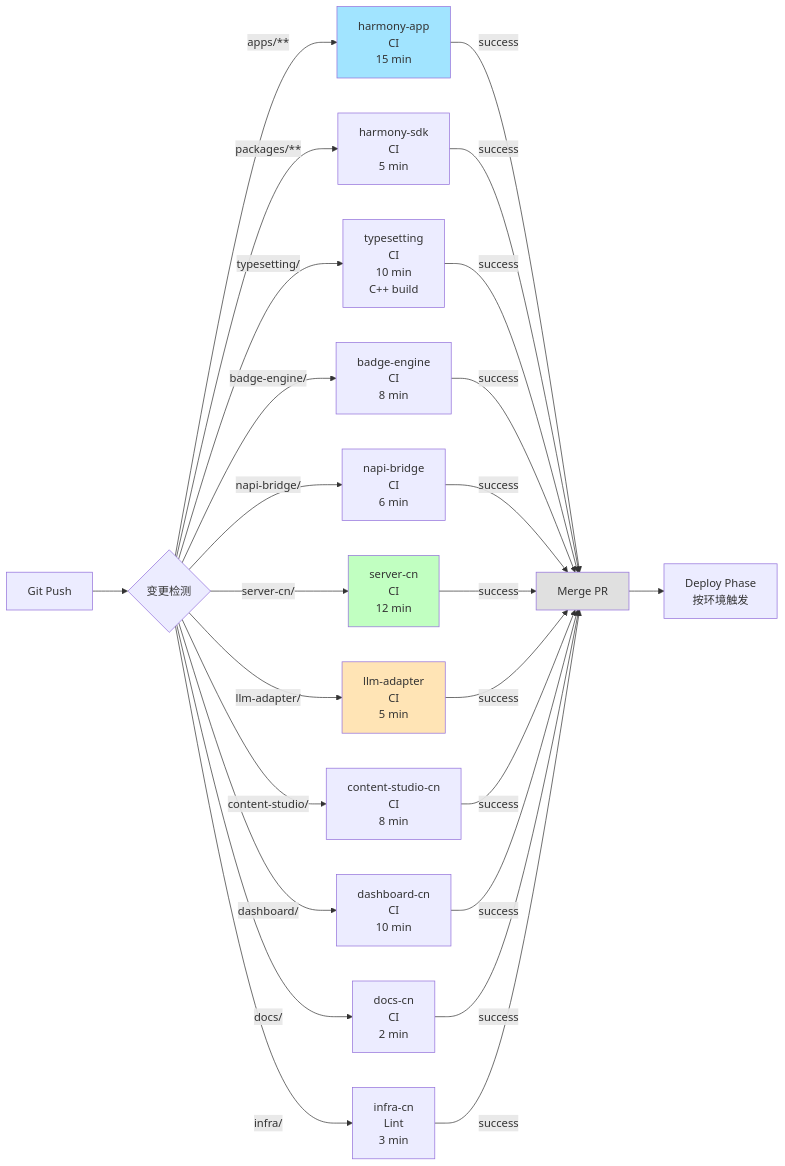
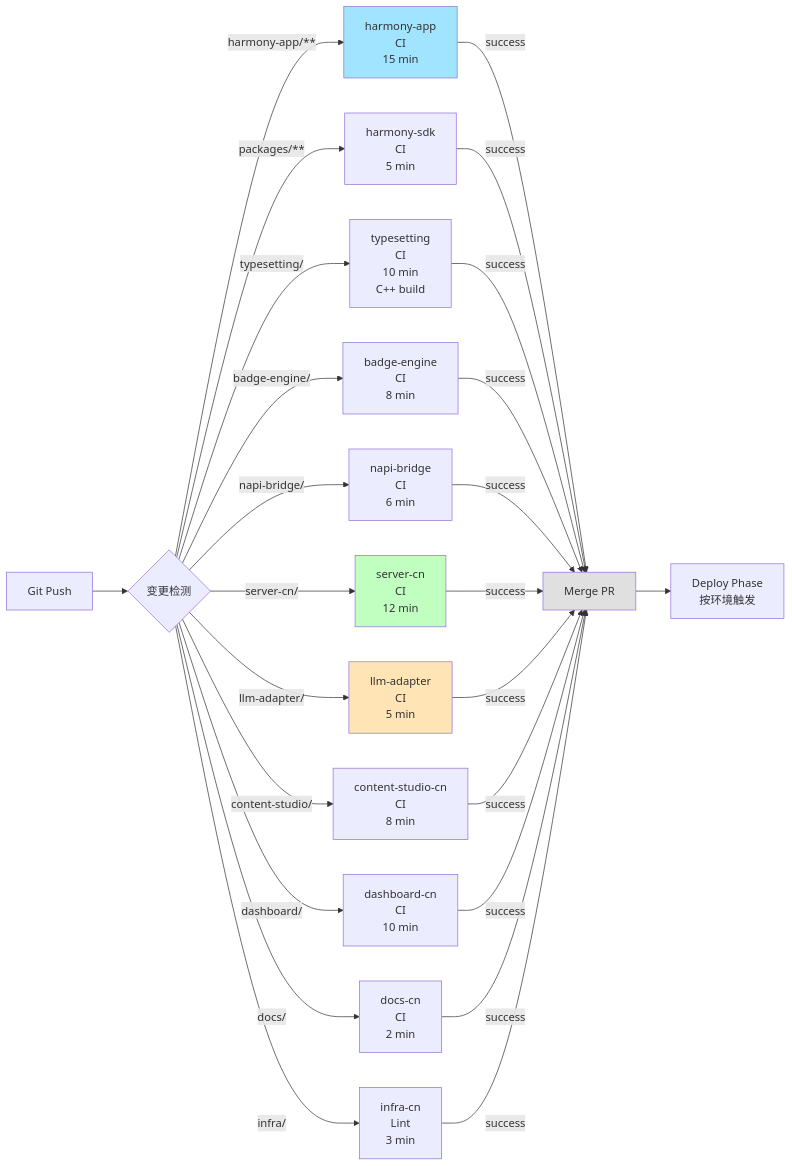
Before and after one commit to readmigo-cn/readmigo-cn-repos: the second of 7 diagrams in docs/architecture/03-target-architecture.md, drawn with Mermaid. The commit also changed other lines of this file and 301 other files, not shown here.

First line of the commit message:
refactor(repo): 消 apps/ 包装层，harmony-app/ 提到 monorepo 根

````diff
--- a/docs/architecture/03-target-architecture.md
+++ b/docs/architecture/03-target-architecture.md
@@ -165,35 +165,35 @@
 ```mermaid
 graph LR
   push["Git Push"] --> dispatch{"变更检测"}
   
-  dispatch -->|apps/**| build_app["harmony-app<br/>CI<br/>15 min"]
+  dispatch -->|harmony-app/**| build_app["harmony-app<br/>CI<br/>15 min"]
   dispatch -->|packages/**| build_sdk["harmony-sdk<br/>CI<br/>5 min"]
   dispatch -->|typesetting/| build_ts["typesetting<br/>CI<br/>10 min<br/>C++ build"]
   dispatch -->|badge-engine/| build_bg["badge-engine<br/>CI<br/>8 min"]
   dispatch -->|napi-bridge/| build_napi["napi-bridge<br/>CI<br/>6 min"]
   dispatch -->|server-cn/| build_srv["server-cn<br/>CI<br/>12 min"]
   dispatch -->|llm-adapter/| build_llm["llm-adapter<br/>CI<br/>5 min"]
   dispatch -->|content-studio/| build_cs["content-studio-cn<br/>CI<br/>8 min"]
   dispatch -->|dashboard/| build_db["dashboard-cn<br/>CI<br/>10 min"]
   dispatch -->|docs/| build_docs["docs-cn<br/>CI<br/>2 min"]
   dispatch -->|infra/| lint_inf["infra-cn<br/>Lint<br/>3 min"]
   
   build_app -->|success| merge["Merge PR"]
   build_sdk -->|success| merge
   build_ts -->|success| merge
   build_bg -->|success| merge
   build_napi -->|success| merge
   build_srv -->|success| merge
   build_llm -->|success| merge
   build_cs -->|success| merge
   build_db -->|success| merge
   build_docs -->|success| merge
   lint_inf -->|success| merge
   
   merge --> deploy["Deploy Phase<br/>按环境触发"]
   
   style build_app fill:#a1e4ff
   style build_srv fill:#c1ffc1
   style build_llm fill:#ffe4b5
   style merge fill:#e0e0e0
 ```
````
